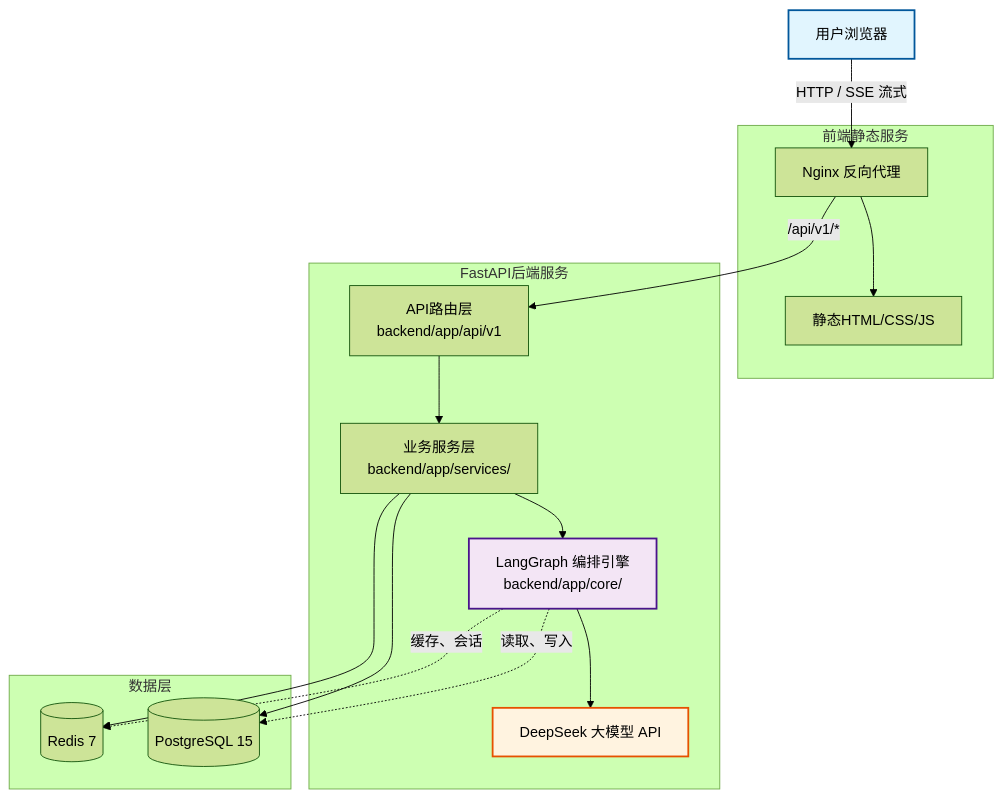
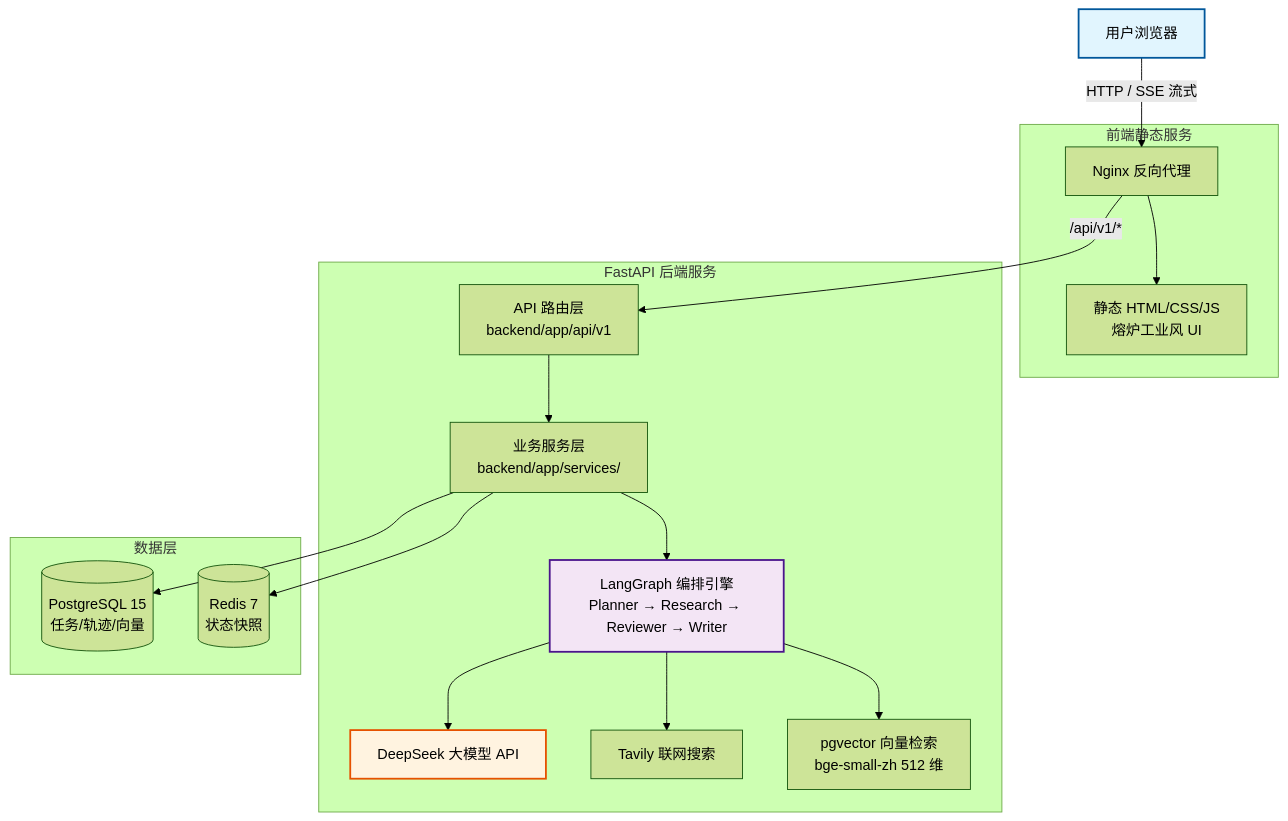
One commit to xinguix/AgentForge changed the diagram in README.md. Above: the diagram before and after it, drawn with Mermaid (forest theme). The commit also changed other lines of this file and 17 other files, not shown here.

````diff
--- a/README.md
+++ b/README.md
@@ -17,27 +25,29 @@
 ```mermaid
 flowchart TB
     User[用户浏览器] -->|HTTP / SSE 流式| Nginx[Nginx 反向代理]
-    
+
     subgraph Frontend[前端静态服务]
-        Nginx --> HTML[静态HTML/CSS/JS]
+        Nginx --> HTML[静态 HTML/CSS/JS<br/>熔炉工业风 UI]
     end
-    
-    subgraph Backend [FastAPI后端服务]
-        Nginx -->|/api/v1/*| API[API路由层<br/>backend/app/api/v1]
+
+    subgraph Backend [FastAPI 后端服务]
+        Nginx -->|/api/v1/*| API[API 路由层<br/>backend/app/api/v1]
         API --> Service[业务服务层<br/>backend/app/services/]
-        Service --> Graph[LangGraph 编排引擎<br/>backend/app/core/]
+        Service --> Graph[LangGraph 编排引擎<br/>Planner → Research → Reviewer → Writer]
         Graph --> LLM[DeepSeek 大模型 API]
+        Graph --> Tavily[Tavily 联网搜索]
+        Graph --> Vector[pgvector 向量检索<br/>bge-small-zh 512 维]
     end
-    
+
     subgraph Data[数据层]
-        Service --> PG[(PostgreSQL 15)]
-        Service --> Redis[(Redis 7)]
+        PG[(PostgreSQL 15<br/>任务/轨迹/向量)]
+        Redis[(Redis 7<br/>状态快照)]
     end
-    
-    Graph -.->|读取、写入| PG
-    Graph -.->|缓存、会话| Redis
-    
+
+    Service --> PG
+    Service --> Redis
+
     style User fill:#e1f5fe,stroke:#01579b,stroke-width:2px
     style LLM fill:#fff3e0,stroke:#e65100,stroke-width:2px
     style Graph fill:#f3e5f5,stroke:#4a148c,stroke-width:2px
 ```
````
